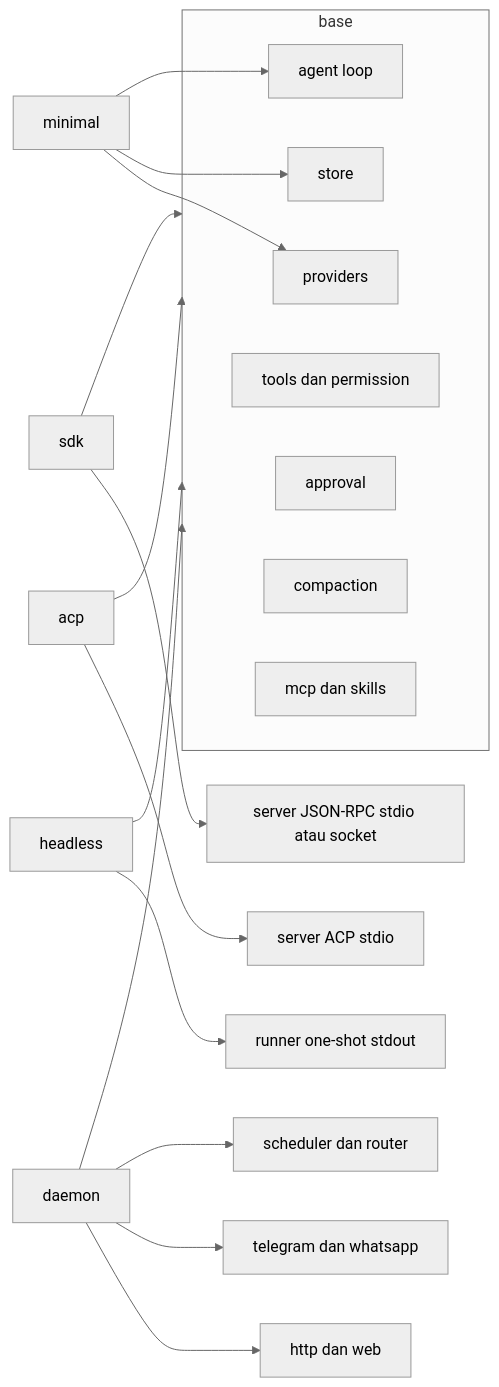
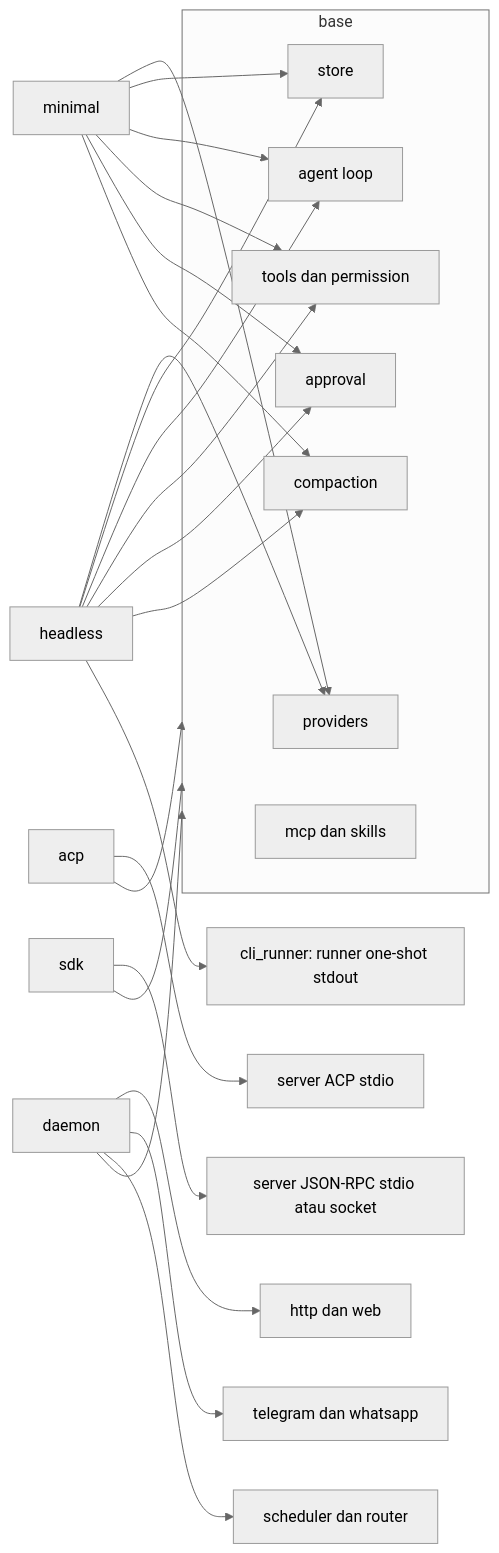
One commit to ridhomujizat/lana-harness changed the second of 6 diagrams in docs/diagram/0004-profile-fork-subagent-dan-protokol.md. Above: the diagram before and after it, drawn with Mermaid (neutral theme). The commit also changed 21 other files, not shown here.

````diff
--- a/docs/diagram/0004-profile-fork-subagent-dan-protokol.md
+++ b/docs/diagram/0004-profile-fork-subagent-dan-protokol.md
@@ -35,25 +35,33 @@
 ```mermaid
 flowchart LR
   subgraph Base["base"]
     B1["providers"]
     B2["store"]
     B3["agent loop"]
     B4["tools dan permission"]
     B5["approval"]
     B6["compaction"]
     B7["mcp dan skills"]
   end
   Daemon["daemon"] --> Base
   Daemon --> D1["http dan web"]
   Daemon --> D2["telegram dan whatsapp"]
   Daemon --> D3["scheduler dan router"]
-  Headless["headless"] --> Base
-  Headless --> H1["runner one-shot stdout"]
+  Headless["headless"] --> B1
+  Headless --> B2
+  Headless --> B3
+  Headless --> B4
+  Headless --> B5
+  Headless --> B6
+  Headless --> H1["cli_runner: runner one-shot stdout"]
   Acp["acp"] --> Base
   Acp --> A1["server ACP stdio"]
   Sdk["sdk"] --> Base
   Sdk --> S1["server JSON-RPC stdio atau socket"]
   Minimal["minimal"] --> B1
   Minimal --> B2
   Minimal --> B3
+  Minimal --> B4
+  Minimal --> B5
+  Minimal --> B6
 ```
````
